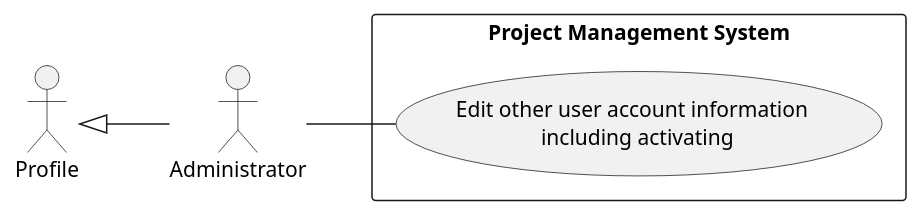
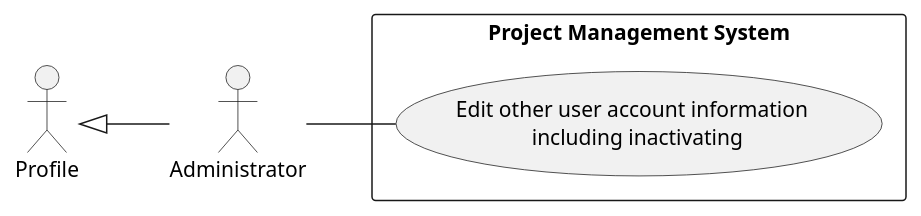
One commit to ivo-menezes/project_g3 changed the diagram in docs/modelling_design/user_stories/us005/InactivateUserAccountUCD.puml. Above: the diagram before and after it, drawn with PlantUML.

Commit message:
US005: Analysis: Editing InactiveUserAccountUCD

```diff
--- a/docs/modelling_design/user_stories/us005/InactivateUserAccountUCD.puml
+++ b/docs/modelling_design/user_stories/us005/InactivateUserAccountUCD.puml
@@ -1,11 +1,11 @@
 @startuml
 left to right direction
 
 Profile <|-- :Administrator:
 
 rectangle "Project Management System"{
 :Administrator: as Administrator
-Administrator -- (Edit other user account information \n including activating)
+Administrator -- (Edit other user account information \n including inactivating)
 }
 
 @enduml
```
